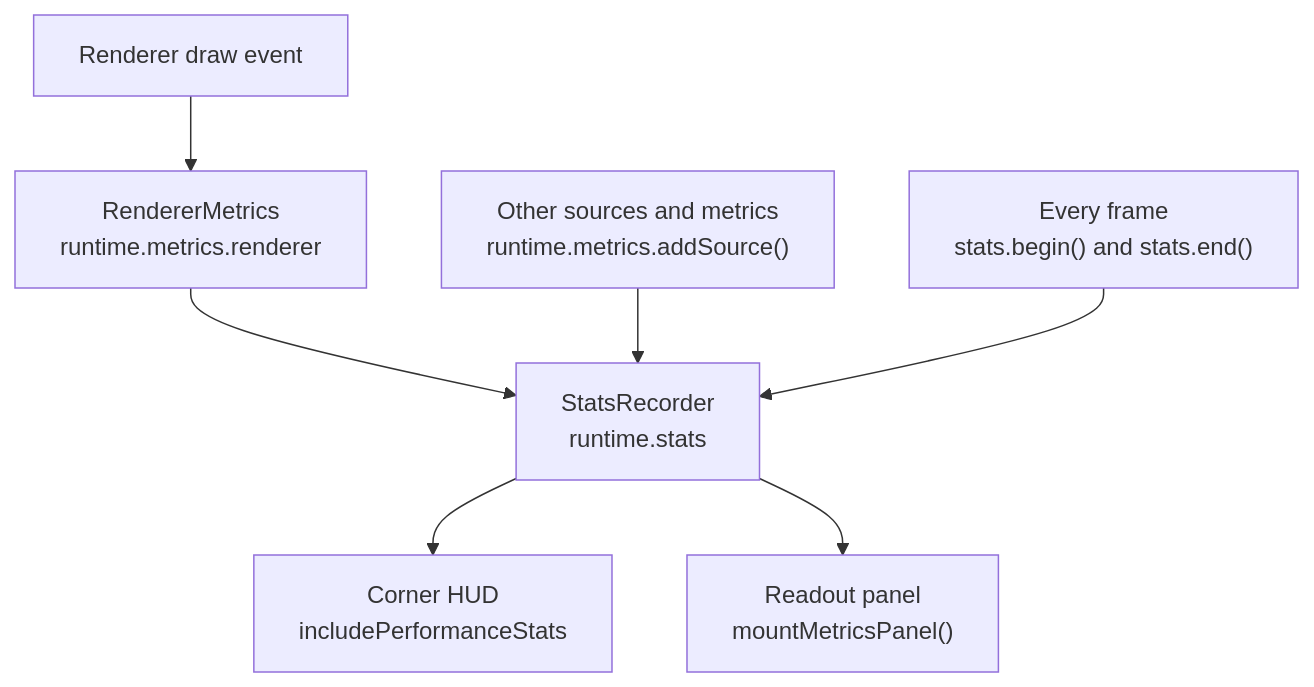
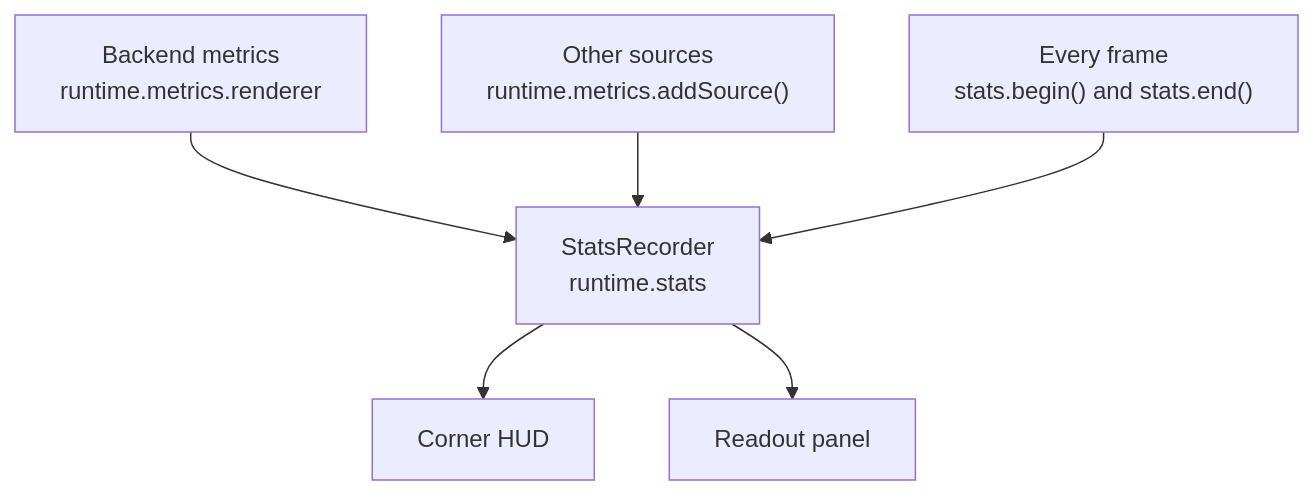
Before and after one commit to JollyPixel/editor: the fourth of 5 diagrams in packages/runtime/ARCHITECTURE.md, drawn with Mermaid. The commit also changed other lines of this file and 1044 other files, not shown here.

Commit message:
refactor!: split engine into ecs + backend.three and decouple runtime

````diff
--- a/packages/runtime/ARCHITECTURE.md
+++ b/packages/runtime/ARCHITECTURE.md
@@ -159,9 +70,8 @@
 ```mermaid
 flowchart TB
-    Draw["Renderer draw event"] --> Renderer["RendererMetrics<br/>runtime.metrics.renderer"]
-    Renderer --> Recorder["StatsRecorder<br/>runtime.stats"]
-    Sources["Other sources and metrics<br/>runtime.metrics.addSource()"] --> Recorder
+    Backend["Backend metrics<br/>runtime.metrics.renderer"] --> Recorder["StatsRecorder<br/>runtime.stats"]
+    Sources["Other sources<br/>runtime.metrics.addSource()"] --> Recorder
     Frames["Every frame<br/>stats.begin() and stats.end()"] --> Recorder
-    Recorder --> HUD["Corner HUD<br/>includePerformanceStats"]
-    Recorder --> Panel["Readout panel<br/>mountMetricsPanel()"]
+    Recorder --> HUD["Corner HUD"]
+    Recorder --> Panel["Readout panel"]
 ```
````
